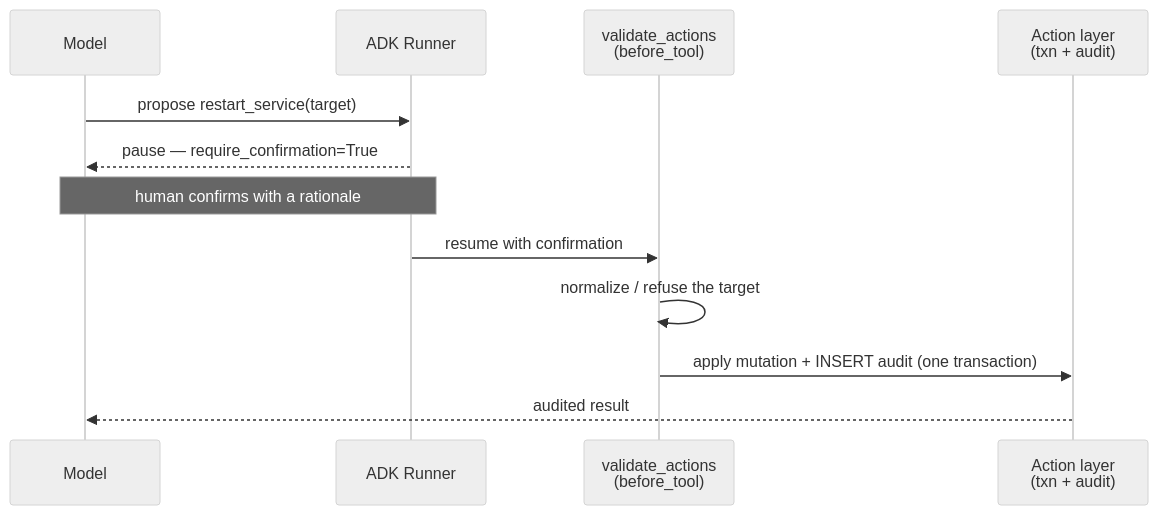
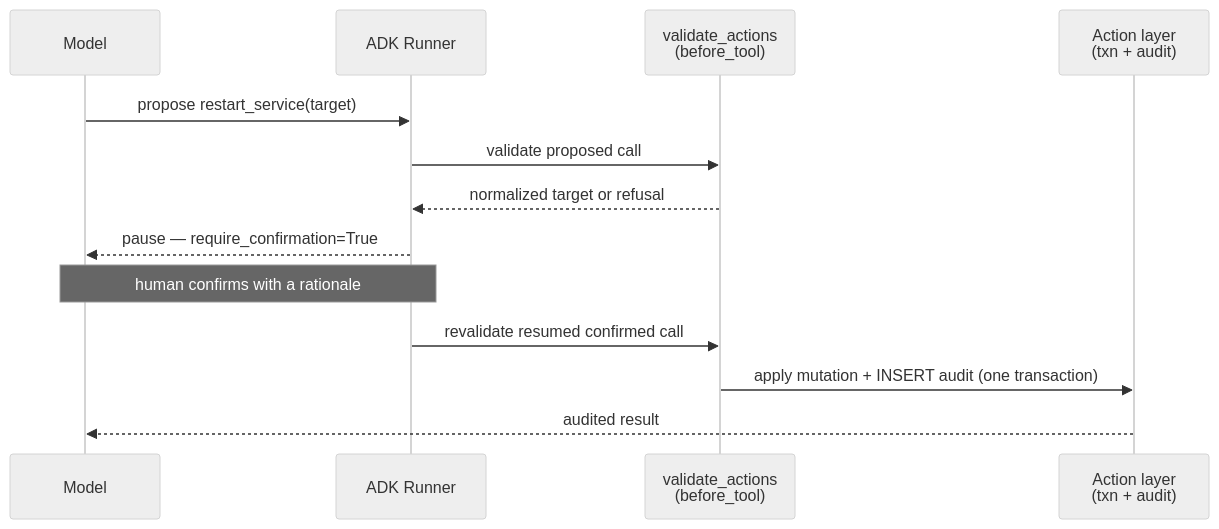
One commit to LuiGGi629/agentops-open-course changed the second of 3 diagrams in docs/2. Agents/2.3. Instructions.md. Above: the diagram before and after it, drawn with Mermaid (neutral theme). The commit also changed other lines of this file and 19 other files, not shown here.

````diff
--- a/docs/2. Agents/2.3. Instructions.md
+++ b/docs/2. Agents/2.3. Instructions.md
@@ -154,14 +156,15 @@
 ```mermaid
 sequenceDiagram
     participant M as Model
     participant R as ADK Runner
     participant V as validate_actions<br/>(before_tool)
     participant A as Action layer<br/>(txn + audit)
     M->>R: propose restart_service(target)
+    R->>V: validate proposed call
+    V-->>R: normalized target or refusal
     R-->>M: pause — require_confirmation=True
     Note over R,M: human confirms with a rationale
-    R->>V: resume with confirmation
-    V->>V: normalize / refuse the target
+    R->>V: revalidate resumed confirmed call
     V->>A: apply mutation + INSERT audit (one transaction)
     A-->>M: audited result
 ```
````
